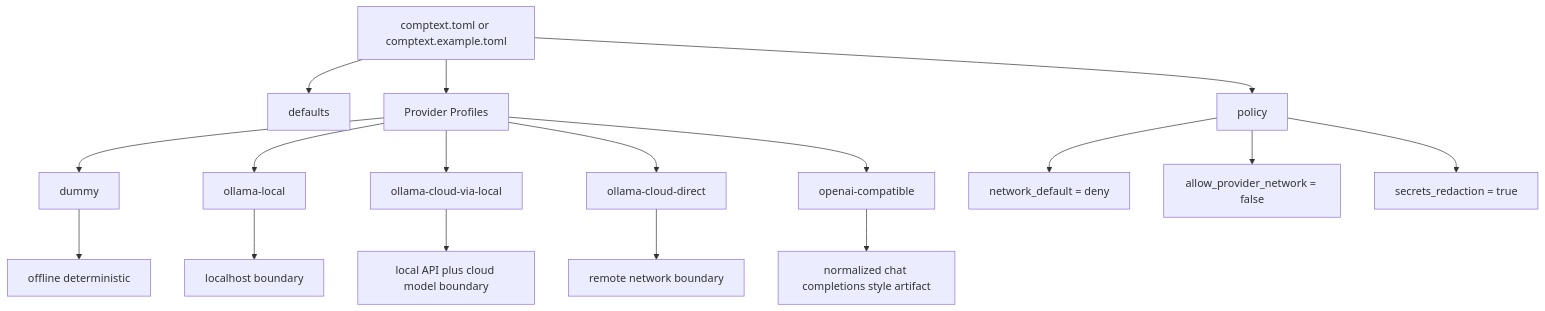
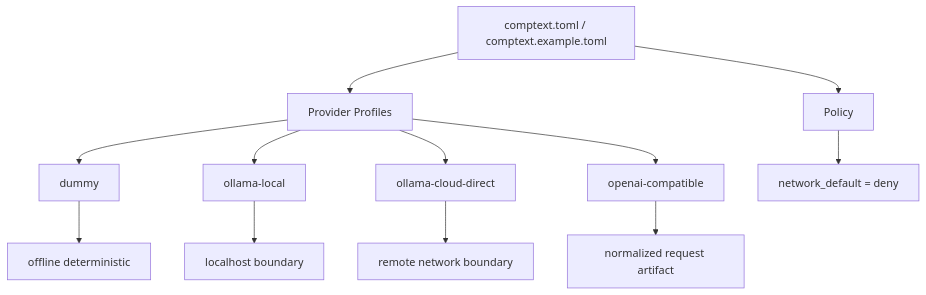
The sixth of 7 diagrams in README.md (ProfRandom92/comptext-cli), drawn with Mermaid before and after one commit. The commit also changed other lines of this file, not shown here.

````diff
--- a/README.md
+++ b/README.md
@@ -465,22 +344,14 @@
 ```mermaid
 flowchart TD
-    CFG[comptext.toml or comptext.example.toml] --> DEF[defaults]
-    CFG --> POL[policy]
-    CFG --> PA[Provider Profiles]
-
-    PA --> DU[dummy]
-    PA --> OL[ollama-local]
-    PA --> OVL[ollama-cloud-via-local]
-    PA --> OCD[ollama-cloud-direct]
-    PA --> OAI[openai-compatible]
-
-    DU --> OFF[offline deterministic]
-    OL --> LOC[localhost boundary]
-    OVL --> MIX[local API plus cloud model boundary]
-    OCD --> NET[remote network boundary]
-    OAI --> API[normalized chat completions style artifact]
-
-    POL --> ND[network_default = deny]
-    POL --> AN[allow_provider_network = false]
-    POL --> SR[secrets_redaction = true]
+    CFG[comptext.toml / comptext.example.toml] --> P[Provider Profiles]
+    CFG --> POL[Policy]
+    P --> D[dummy]
+    P --> O[ollama-local]
+    P --> OC[ollama-cloud-direct]
+    P --> OA[openai-compatible]
+    D --> OFF[offline deterministic]
+    O --> LOCAL[localhost boundary]
+    OC --> NET[remote network boundary]
+    OA --> API[normalized request artifact]
+    POL --> DENY[network_default = deny]
 ```
````
